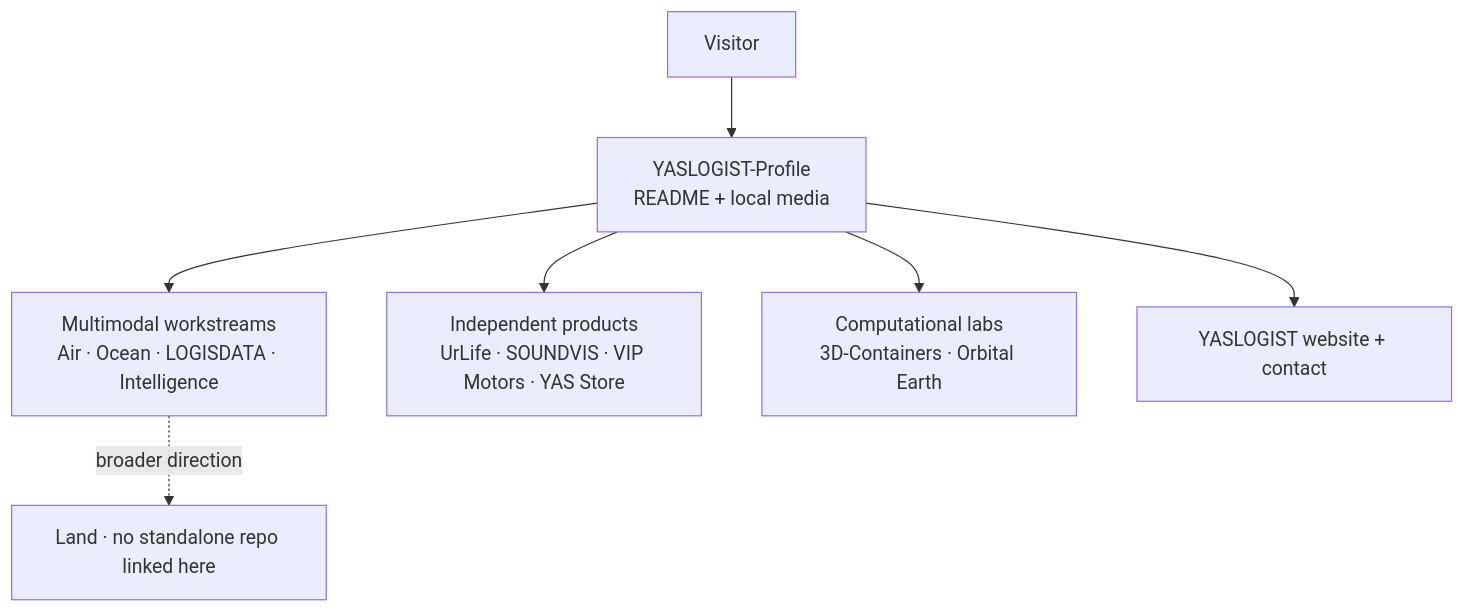
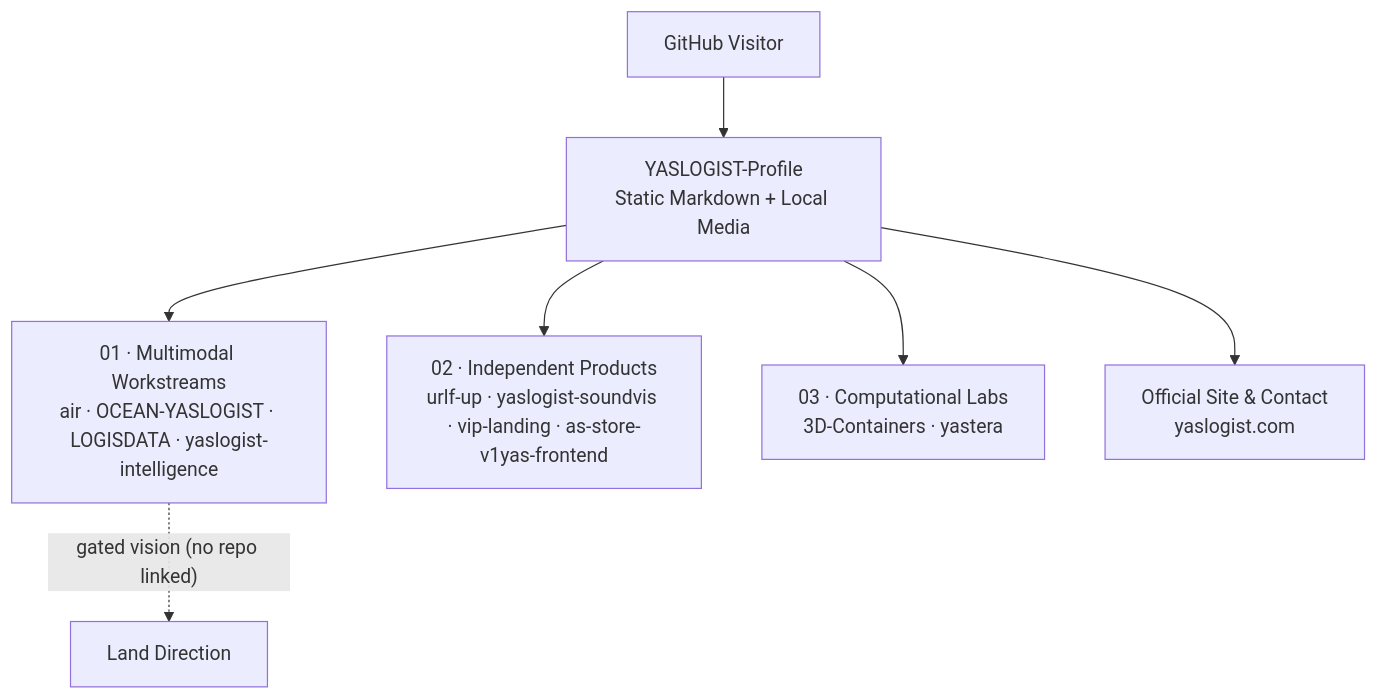
The first of 2 diagrams in README.md (YASLOGIST/YASLOGIST-Profile), drawn with Mermaid before and after one commit. The commit also changed other lines of this file and 4 other files, not shown here.

````diff
--- a/README.md
+++ b/README.md
@@ -64,9 +81,9 @@
 ```mermaid
 flowchart TD
-    visitor["Visitor"] --> profile["YASLOGIST-Profile<br/>README + local media"]
-    profile --> logistics["Multimodal workstreams<br/>Air · Ocean · LOGISDATA · Intelligence"]
-    profile --> products["Independent products<br/>UrLife · SOUNDVIS · VIP Motors · YAS Store"]
-    profile --> labs["Computational labs<br/>3D-Containers · Orbital Earth"]
-    profile --> site["YASLOGIST website + contact"]
-    logistics -. "broader direction" .-> land["Land · no standalone repo linked here"]
+    V["GitHub Visitor"] --> P["YASLOGIST-Profile<br/>Static Markdown + Local Media"]
+    P --> M["01 · Multimodal Workstreams<br/>air · OCEAN-YASLOGIST · LOGISDATA · yaslogist-intelligence"]
+    P --> D["02 · Independent Products<br/>urlf-up · yaslogist-soundvis · vip-landing · as-store-v1yas-frontend"]
+    P --> L["03 · Computational Labs<br/>3D-Containers · yastera"]
+    P --> W["Official Site &amp; Contact<br/>yaslogist.com"]
+    M -. "gated vision (no repo linked)" .-> LAND["Land Direction"]
 ```
````
